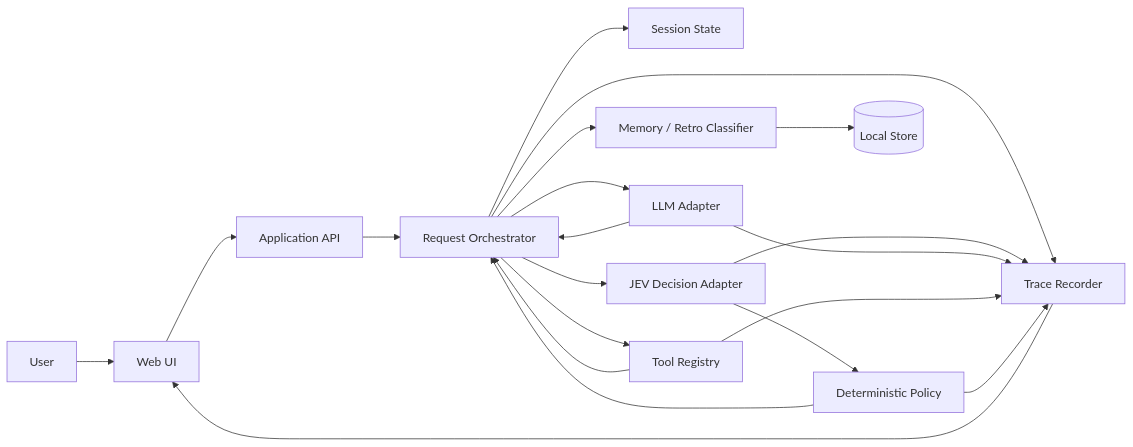
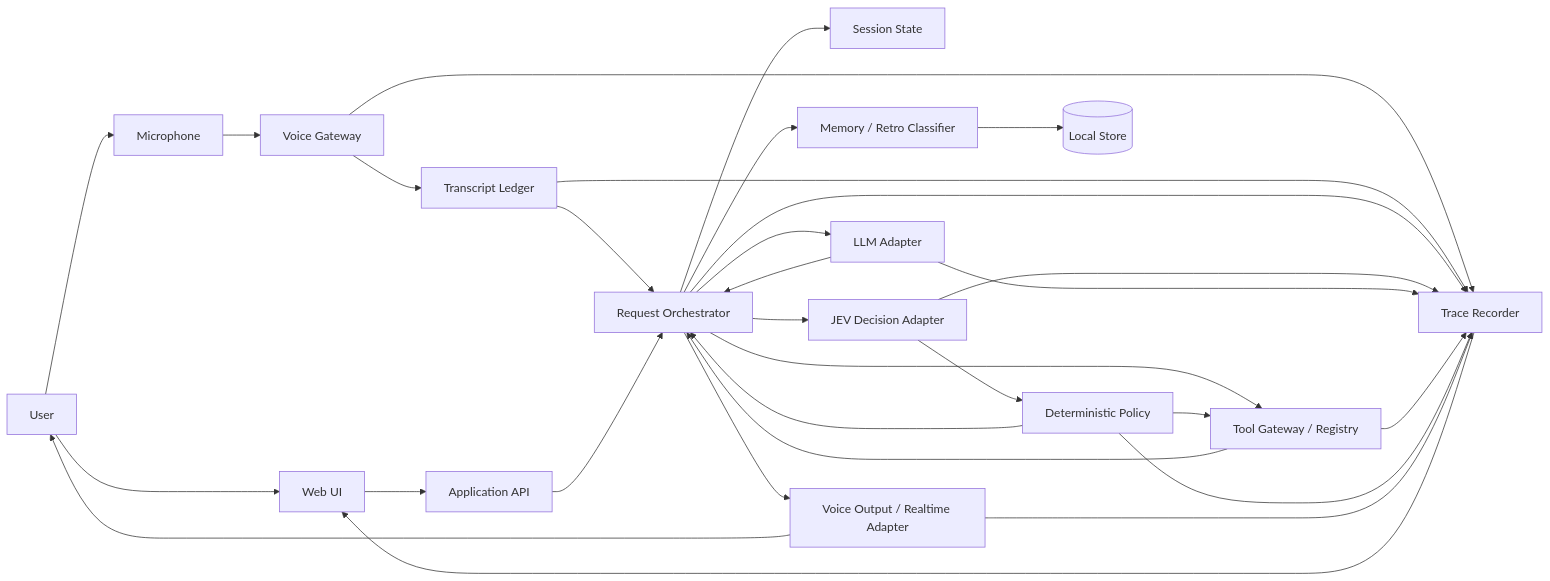
The first of 3 diagrams in docs/01-system-design.md (HariharanS/jevpoc), drawn with Mermaid before and after one commit. The commit also changed other lines of this file, not shown here.

Commit message:
docs: make voice first-class in system design

````diff
--- a/docs/01-system-design.md
+++ b/docs/01-system-design.md
@@ -5,27 +7,40 @@
 ```mermaid
 flowchart LR
     U[User] --> UI[Web UI]
+    U --> MIC[Microphone]
+
+    MIC --> VG[Voice Gateway]
+    VG --> TL[Transcript Ledger]
+    TL --> ORCH[Request Orchestrator]
+
     UI --> API[Application API]
+    API --> ORCH
 
-    API --> ORCH[Request Orchestrator]
     ORCH --> STATE[Session State]
     ORCH --> JEV[JEV Decision Adapter]
     ORCH --> LLM[LLM Adapter]
-    ORCH --> TOOLS[Tool Registry]
+    ORCH --> TOOLS[Tool Gateway / Registry]
     ORCH --> MEM[Memory / Retro Classifier]
 
     JEV --> POLICY[Deterministic Policy]
     POLICY --> ORCH
+    POLICY --> TOOLS
 
     LLM --> ORCH
     TOOLS --> ORCH
     MEM --> STORE[(Local Store)]
 
-    ORCH --> TRACE[Trace Recorder]
+    ORCH --> VO[Voice Output / Realtime Adapter]
+    VO --> U
+
+    VG --> TRACE[Trace Recorder]
+    TL --> TRACE
+    ORCH --> TRACE
     JEV --> TRACE
     LLM --> TRACE
     TOOLS --> TRACE
     POLICY --> TRACE
+    VO --> TRACE
 
     TRACE --> UI
 ```
````
